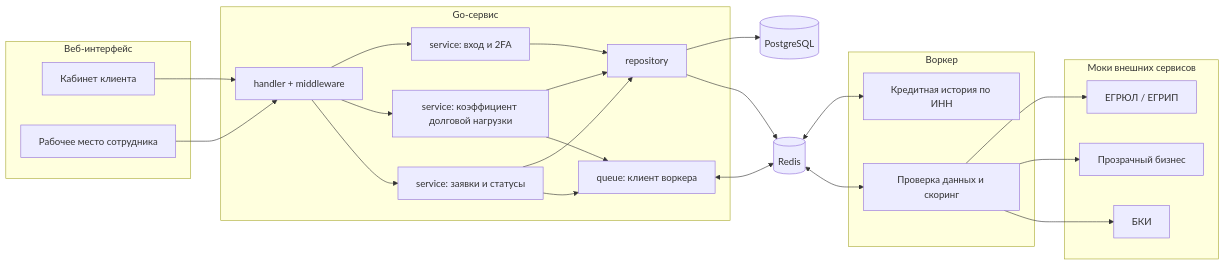
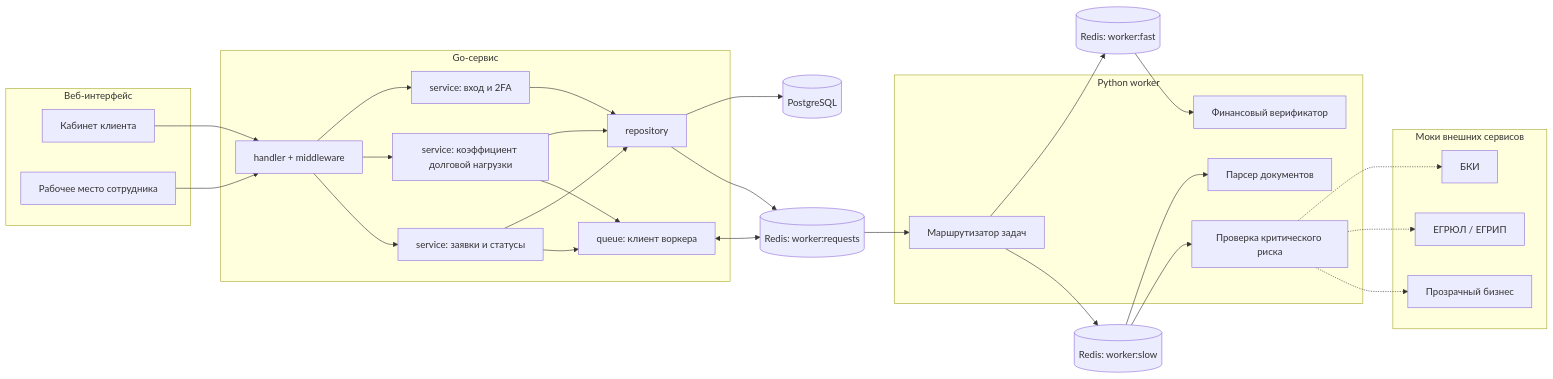
One commit to rudast/alpha-hack-2026 changed the first of 3 diagrams in docs/architecture.md. Above: the diagram before and after it, drawn with Mermaid. The commit also changed other lines of this file and 27 other files, not shown here.

First line of the commit message:
feat(worker): move processing to Python

````diff
--- a/docs/architecture.md
+++ b/docs/architecture.md
@@ -5,50 +5,58 @@
 ```mermaid
 flowchart LR
     subgraph Client[Веб-интерфейс]
         CL[Кабинет клиента]
         EM[Рабочее место сотрудника]
     end
 
     subgraph Backend[Go-сервис]
         H[handler + middleware]
         AUTH[service: вход и 2FA]
         TRUST[service: коэффициент долговой нагрузки]
         APP[service: заявки и статусы]
         REPO[repository]
         QC[queue: клиент воркера]
     end
 
-    R[(Redis)]
+    R[(Redis: worker:requests)]
+    RF[(Redis: worker:fast)]
+    RS[(Redis: worker:slow)]
 
-    subgraph Worker[Воркер]
-        CH[Кредитная история по ИНН]
-        CHK[Проверка данных и скоринг]
+    subgraph Worker[Python worker]
+        ROUTER[Маршрутизатор задач]
+        VER[Финансовый верификатор]
+        PAR[Парсер документов]
+        RISK[Проверка критического риска]
     end
 
     subgraph Mocks[Моки внешних сервисов]
         BKI[БКИ]
         EGR[ЕГРЮЛ / ЕГРИП]
         PB[Прозрачный бизнес]
     end
 
     DB[(PostgreSQL)]
 
     CL --> H
     EM --> H
     H --> AUTH
     H --> TRUST
     H --> APP
     AUTH --> REPO
     TRUST --> REPO
     APP --> REPO
     TRUST --> QC
     APP --> QC
     REPO --> DB
     REPO --> R
     QC <--> R
-    R <--> CH
-    R <--> CHK
-    CHK --> EGR
-    CHK --> PB
-    CHK --> BKI
+    R --> ROUTER
+    ROUTER --> RF
+    ROUTER --> RS
+    RF --> VER
+    RS --> PAR
+    RS --> RISK
+    RISK -.-> BKI
+    RISK -.-> EGR
+    RISK -.-> PB
 ```
````
